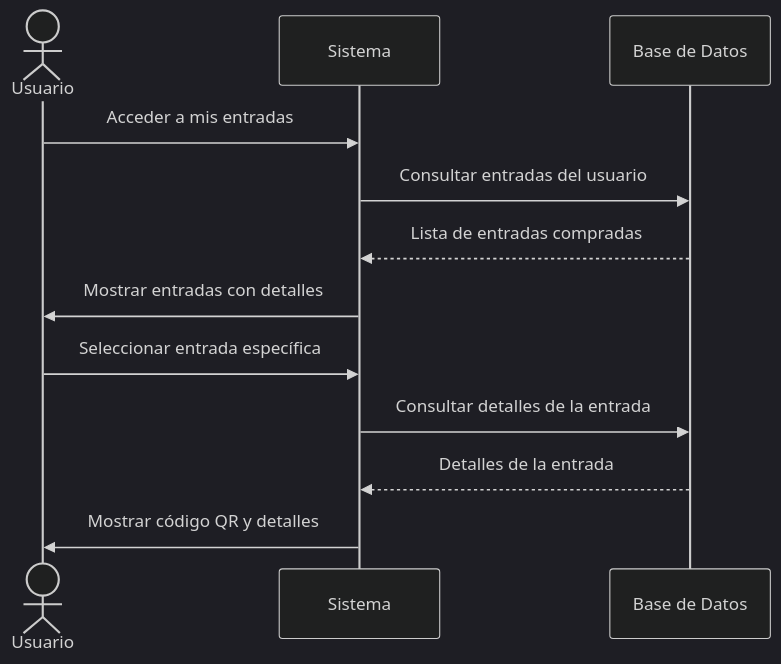
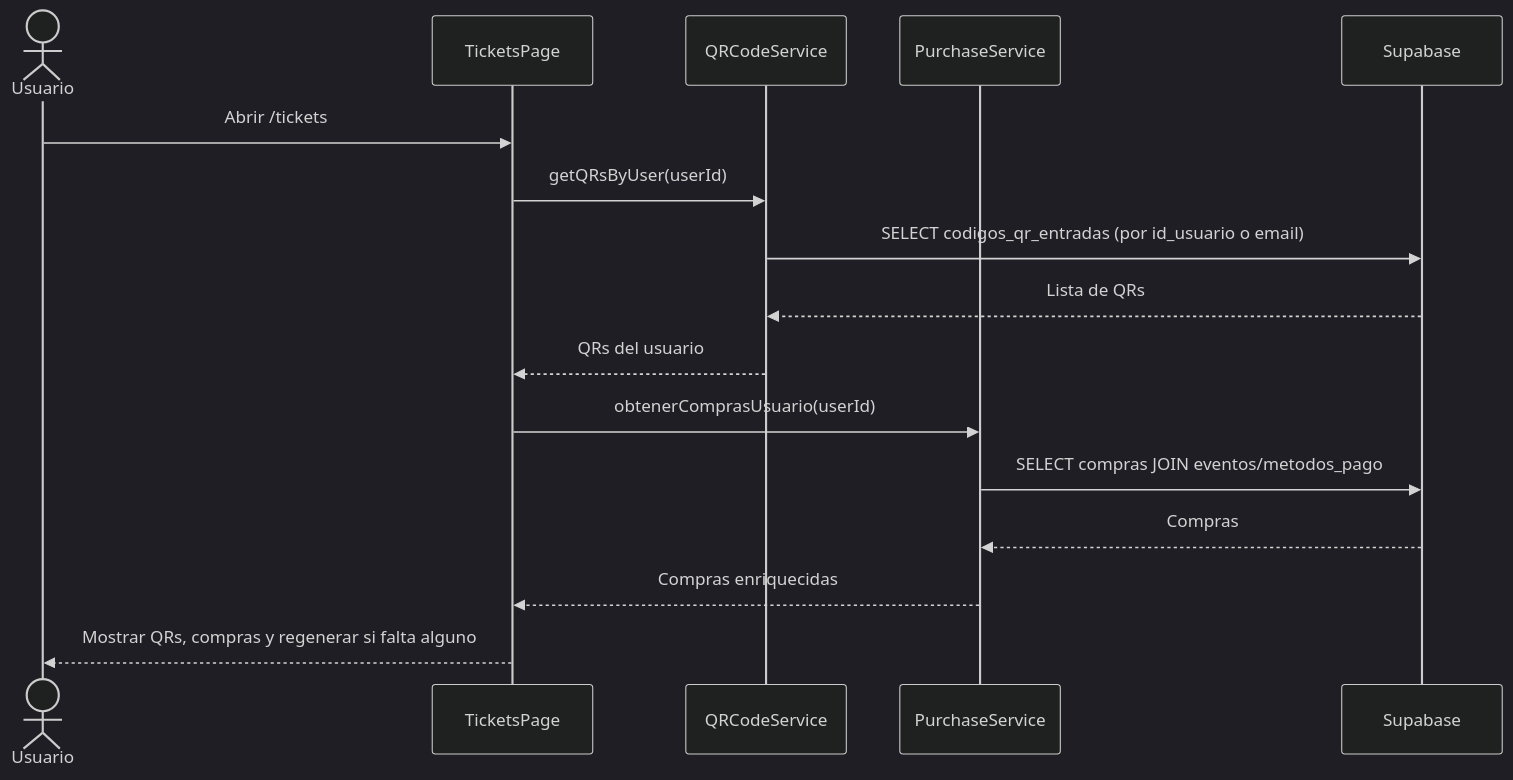
One commit to Deibyd07/Gestion-de-Eventos changed diagram 13 of 33 in Documentacion/Diagramas/Diagrama_Secuencias.md. Above: the diagram before and after it, drawn with Mermaid (dark theme). The commit also changed other lines of this file, not shown here.

Commit message:
Update sequence diagrams to reflect actual implementation

````diff
--- a/Documentacion/Diagramas/Diagrama_Secuencias.md
+++ b/Documentacion/Diagramas/Diagrama_Secuencias.md
@@ -299,15 +254,19 @@
 ```mermaid
 sequenceDiagram
     actor Usuario
-    participant Sistema
-    participant BD as Base de Datos
-    
-    Usuario->>Sistema: Acceder a mis entradas
-    Sistema->>BD: Consultar entradas del usuario
-    BD-->>Sistema: Lista de entradas compradas
-    Sistema->>Usuario: Mostrar entradas con detalles
-    Usuario->>Sistema: Seleccionar entrada específica
-    Sistema->>BD: Consultar detalles de la entrada
-    BD-->>Sistema: Detalles de la entrada
-    Sistema->>Usuario: Mostrar código QR y detalles
+    participant App as TicketsPage
+    participant QR as QRCodeService
+    participant Purchase as PurchaseService
+    participant BD as Supabase
+
+    Usuario->>App: Abrir /tickets
+    App->>QR: getQRsByUser(userId)
+    QR->>BD: SELECT codigos_qr_entradas (por id_usuario o email)
+    BD-->>QR: Lista de QRs
+    QR-->>App: QRs del usuario
+    App->>Purchase: obtenerComprasUsuario(userId)
+    Purchase->>BD: SELECT compras JOIN eventos/metodos_pago
+    BD-->>Purchase: Compras
+    Purchase-->>App: Compras enriquecidas
+    App-->>Usuario: Mostrar QRs, compras y regenerar si falta alguno
 ```
````
